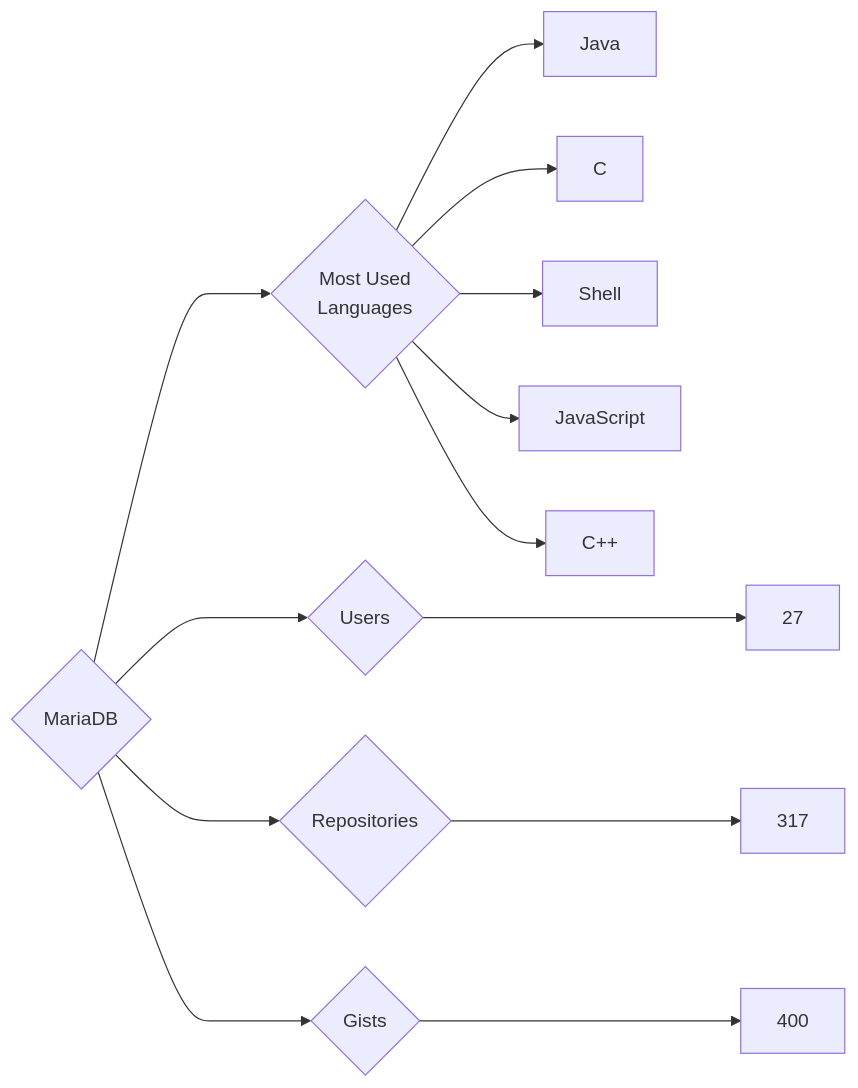
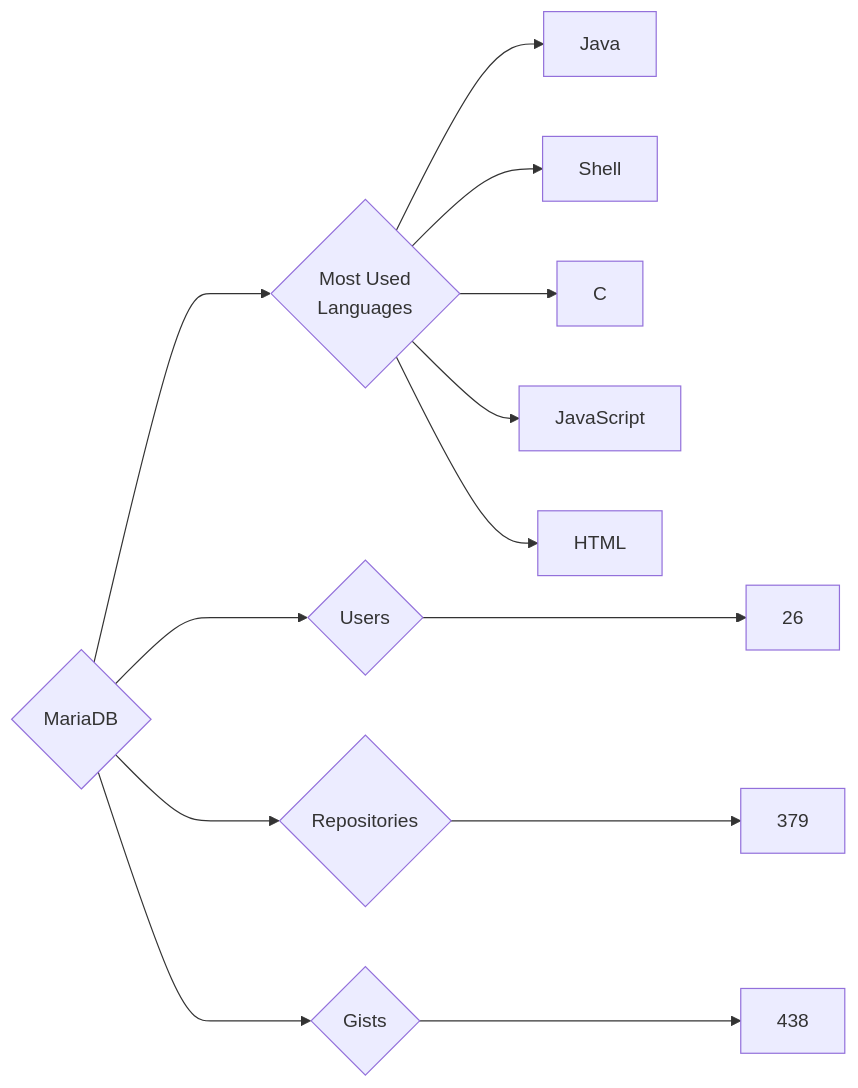
One commit to trickest/insiders changed the diagram in targets/MariaDB/README.md. Above: the diagram before and after it, drawn with Mermaid. The commit also changed 695 other files, not shown here.

````diff
--- a/targets/MariaDB/README.md
+++ b/targets/MariaDB/README.md
@@ -3,13 +3,13 @@
 ```mermaid
 graph LR
 COMPANY_NAME{MariaDB}
-COMPANY_NAME ---> U{Users} ---> UN[27]
-COMPANY_NAME ---> R{Repositories} ---> RN[317]
-COMPANY_NAME ---> G{Gists} ---> GN[400]
+COMPANY_NAME ---> U{Users} ---> UN[26]
+COMPANY_NAME ---> R{Repositories} ---> RN[379]
+COMPANY_NAME ---> G{Gists} ---> GN[438]
 COMPANY_NAME ---> ML{Most Used<br>Languages}
 ML --> Java[Java]
+ML --> Shell[Shell]
 ML --> C[C]
-ML --> Shell[Shell]
 ML --> JavaScript[JavaScript]
-ML --> C++[C++]
+ML --> HTML[HTML]
 ```
````
